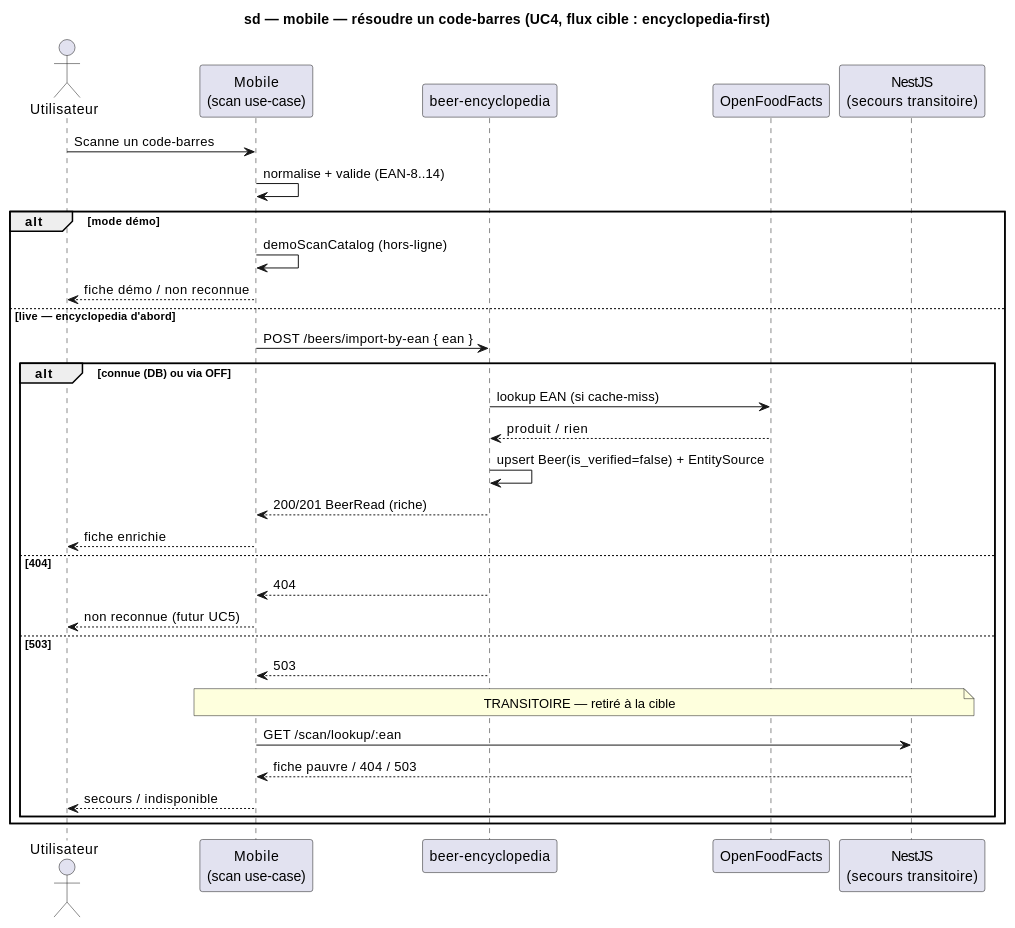
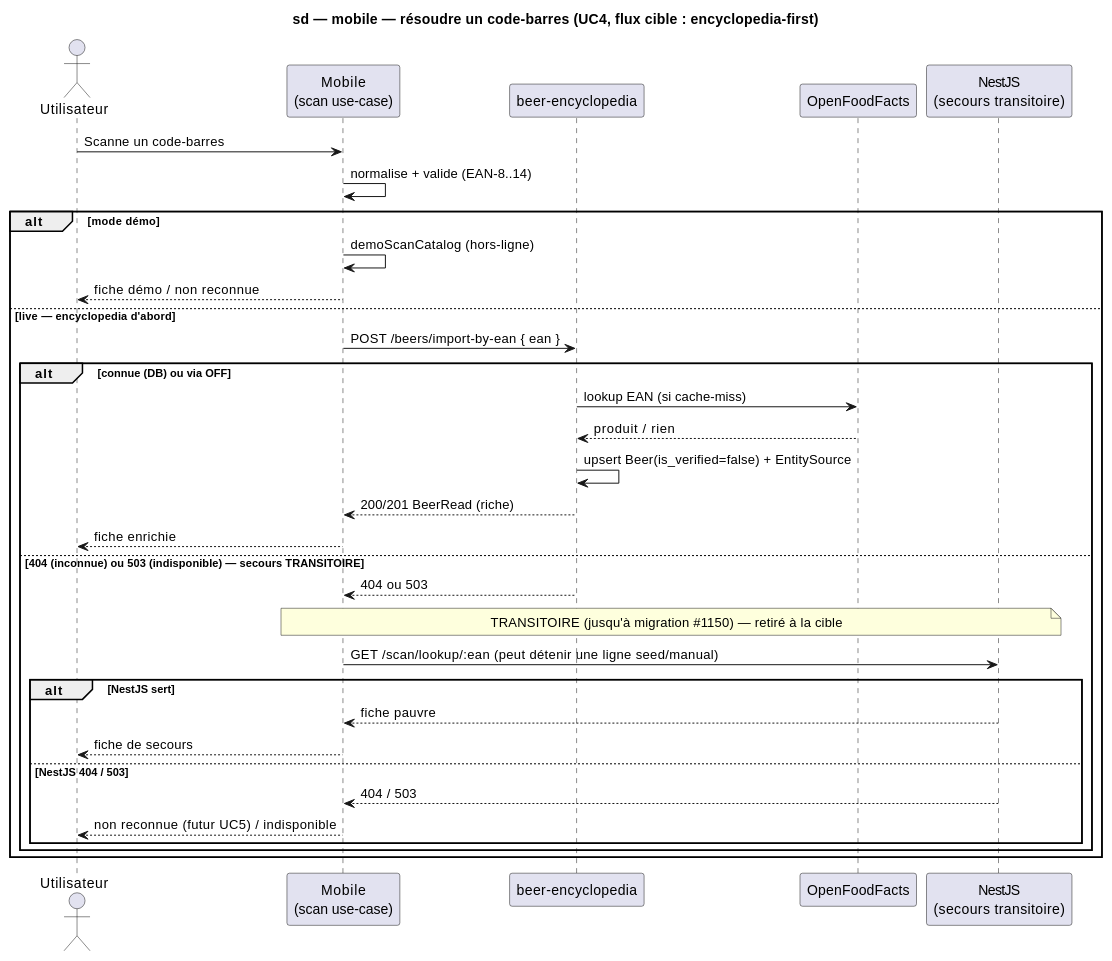
One commit to benoit-bremaud/brasse-bouillon changed the second of 2 diagrams in docs/architecture/diagrams/beer-encyclopedia/08-sequence-mobile-scan.md. Above: the diagram before and after it, drawn with PlantUML. The commit also changed other lines of this file, not shown here.

First line of the commit message:
docs(conception): NestJS fallback on encyclopedia 404 too, transitional (Codex P2)

````diff
--- a/docs/architecture/diagrams/beer-encyclopedia/08-sequence-mobile-scan.md
+++ b/docs/architecture/diagrams/beer-encyclopedia/08-sequence-mobile-scan.md
@@ -73,35 +79,37 @@
 ```plantuml
 @startuml
 title sd — mobile — résoudre un code-barres (UC4, flux cible : encyclopedia-first)
 actor Utilisateur as U
 participant "Mobile\n(scan use-case)" as M
 participant "beer-encyclopedia" as E
 participant "OpenFoodFacts" as OFF
 participant "NestJS\n(secours transitoire)" as N
 
 U -> M : Scanne un code-barres
 M -> M : normalise + valide (EAN-8..14)
 alt mode démo
   M -> M : demoScanCatalog (hors-ligne)
   M --> U : fiche démo / non reconnue
 else live — encyclopedia d'abord
   M -> E : POST /beers/import-by-ean { ean }
   alt connue (DB) ou via OFF
     E -> OFF : lookup EAN (si cache-miss)
     OFF --> E : produit / rien
     E -> E : upsert Beer(is_verified=false) + EntitySource
     E --> M : 200/201 BeerRead (riche)
     M --> U : fiche enrichie
-  else 404
-    E --> M : 404
-    M --> U : non reconnue (futur UC5)
-  else 503
-    E --> M : 503
-    note over M, N : TRANSITOIRE — retiré à la cible
-    M -> N : GET /scan/lookup/:ean
-    N --> M : fiche pauvre / 404 / 503
-    M --> U : secours / indisponible
+  else 404 (inconnue) ou 503 (indisponible) — secours TRANSITOIRE
+    E --> M : 404 ou 503
+    note over M, N : TRANSITOIRE (jusqu'à migration #1150) — retiré à la cible
+    M -> N : GET /scan/lookup/:ean (peut détenir une ligne seed/manual)
+    alt NestJS sert
+      N --> M : fiche pauvre
+      M --> U : fiche de secours
+    else NestJS 404 / 503
+      N --> M : 404 / 503
+      M --> U : non reconnue (futur UC5) / indisponible
+    end
   end
 end
 @enduml
 ```
````
